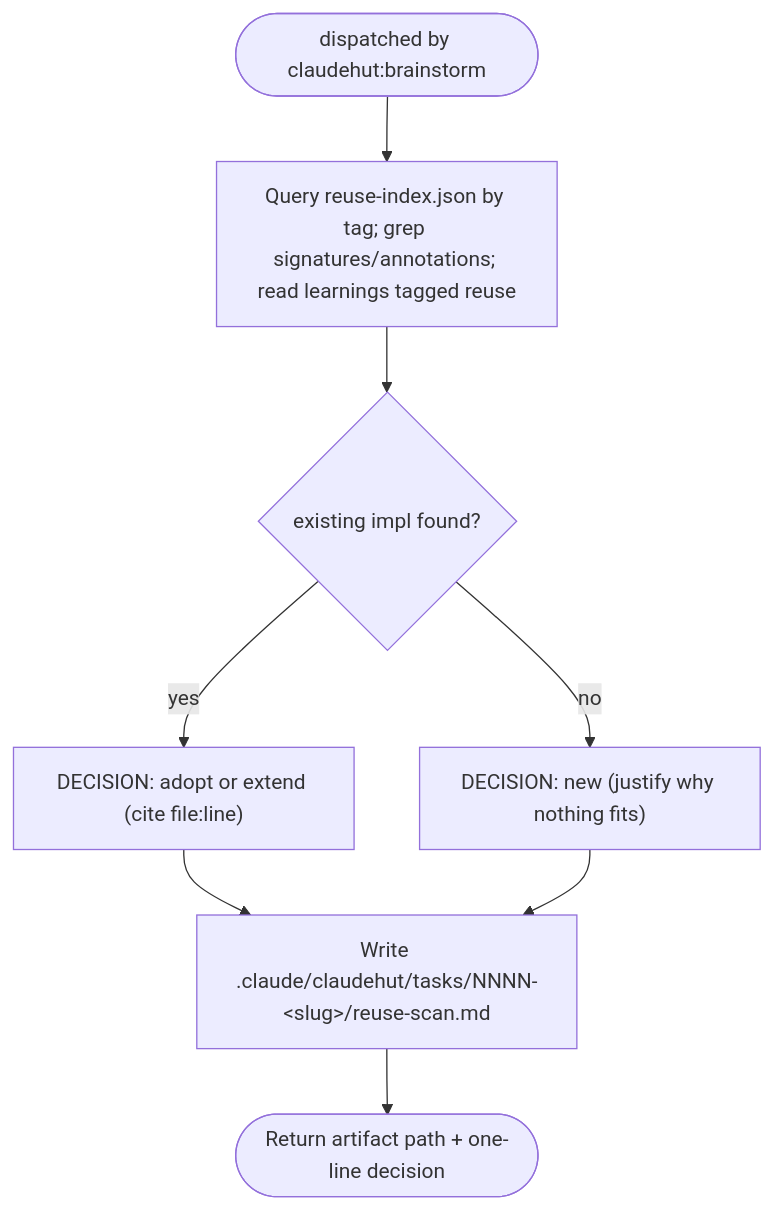
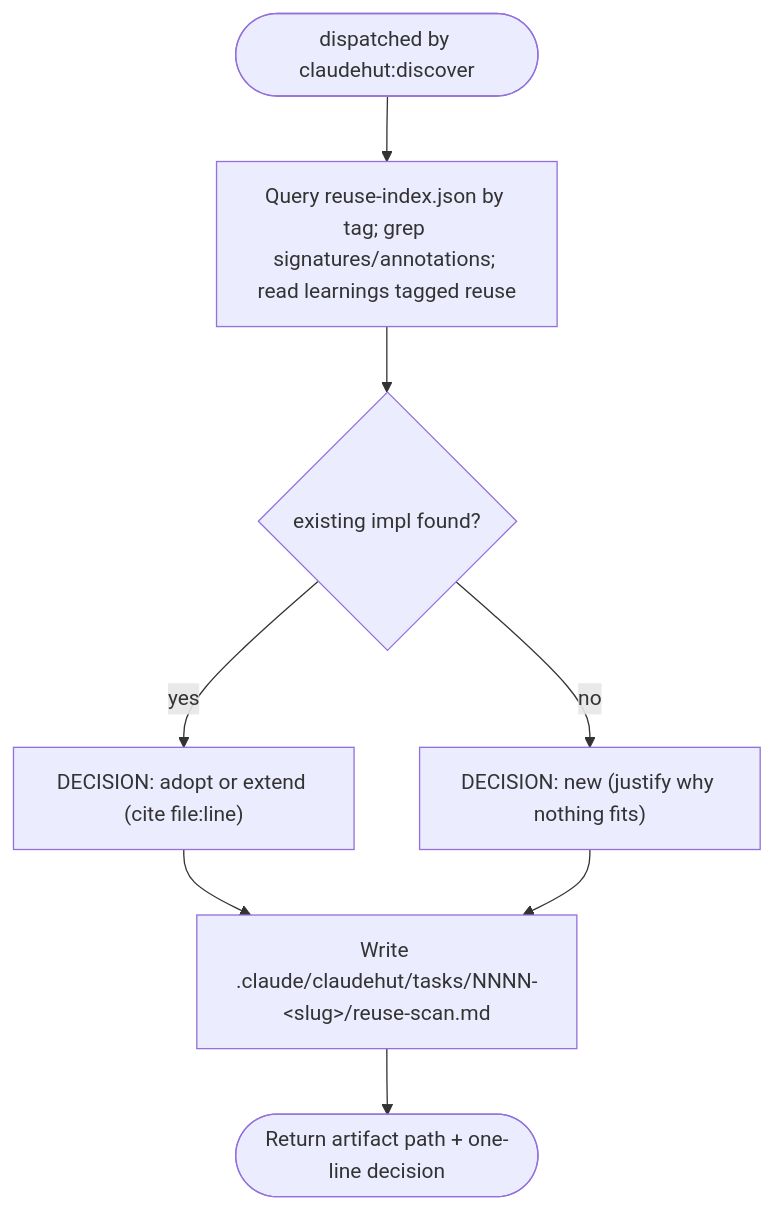
Before and after one commit to taipt1504/claudehut: the diagram in agents/claudehut-reuse-scanner.md, drawn with Mermaid. The commit also changed other lines of this file and 32 other files, not shown here.

````diff
--- a/agents/claudehut-reuse-scanner.md
+++ b/agents/claudehut-reuse-scanner.md
@@ -22,9 +22,9 @@
 ```mermaid
 flowchart TB
-    a([dispatched by claudehut:brainstorm]) --> q["Query reuse-index.json by tag; grep signatures/annotations; read learnings tagged reuse"]
+    a([dispatched by claudehut:discover]) --> q["Query reuse-index.json by tag; grep signatures/annotations; read learnings tagged reuse"]
     q --> found{"existing impl found?"}
     found -- yes --> dec1["DECISION: adopt or extend (cite file:line)"]
     found -- no --> dec2["DECISION: new (justify why nothing fits)"]
     dec1 & dec2 --> write["Write .claude/claudehut/tasks/NNNN-&lt;slug&gt;/reuse-scan.md"]
     write --> out([Return artifact path + one-line decision])
 ```
````
